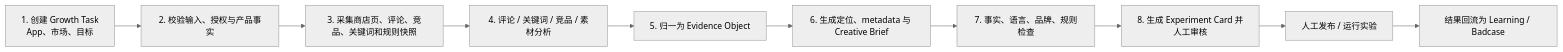
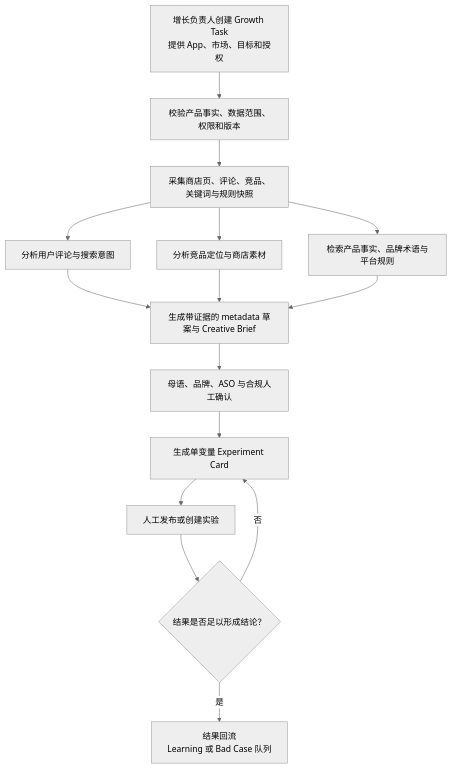
The third of 10 diagrams in 03_prd/global_aso_localization_agent_prd_v2/全球_ASO_与本地化增长_Agent_PRD_v2.md (linkaka970105/ai-pm-adops-copilot), drawn with Mermaid (neutral theme) before and after one commit. The commit also changed other lines of this file and 1 other file, not shown here.

First line of the commit message:
Keep the ASO PRD review shape consistent with its reference

````diff
--- a/03_prd/global_aso_localization_agent_prd_v2/全球_ASO_与本地化增长_Agent_PRD_v2.md
+++ b/03_prd/global_aso_localization_agent_prd_v2/全球_ASO_与本地化增长_Agent_PRD_v2.md
@@ -277,12 +258,26 @@
 ```mermaid
-flowchart LR
-    A["1. 创建 Growth Task<br/>App、市场、目标"] --> B["2. 校验输入、授权与产品事实"]
-    B --> C["3. 采集商店页、评论、竞品、关键词和规则快照"]
-    C --> D["4. 评论 / 关键词 / 竞品 / 素材分析"]
-    D --> E["5. 归一为 Evidence Object"]
-    E --> F["6. 生成定位、metadata 与 Creative Brief"]
-    F --> G["7. 事实、语言、品牌、规则检查"]
-    G --> H["8. 生成 Experiment Card 并人工审核"]
-    H --> I["人工发布 / 运行实验"]
-    I --> J["结果回流为 Learning / Badcase"]
+flowchart TB
+    A["增长负责人创建 Growth Task<br/>提供 App、市场、目标和授权"]
+    B["校验产品事实、数据范围、权限和版本"]
+    C["采集商店页、评论、竞品、关键词与规则快照"]
+    D1["分析用户评论与搜索意图"]
+    D2["分析竞品定位与商店素材"]
+    D3["检索产品事实、品牌术语与平台规则"]
+    E["生成带证据的 metadata 草案与 Creative Brief"]
+    F["母语、品牌、ASO 与合规人工确认"]
+    G["生成单变量 Experiment Card"]
+    H["人工发布或创建实验"]
+    I{"结果是否足以形成结论？"}
+    J["结果回流<br/>Learning 或 Bad Case 队列"]
+
+    A --> B --> C
+    C --> D1
+    C --> D2
+    C --> D3
+    D1 --> E
+    D2 --> E
+    D3 --> E
+    E --> F --> G --> H --> I
+    I -->|否| G
+    I -->|是| J
 ```
````
